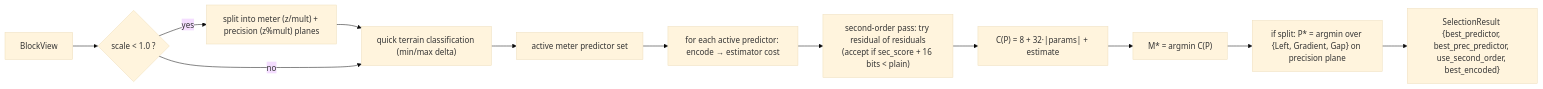
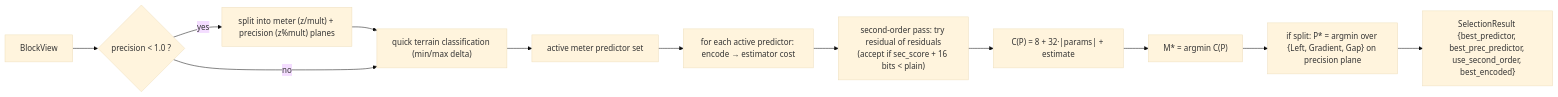
One commit to yashwk/libxtm changed the fourth of 10 diagrams in docs/pipeline.md. Above: the diagram before and after it, drawn with Mermaid (base theme). The commit also changed other lines of this file and 49 other files, not shown here.

````diff
--- a/docs/pipeline.md
+++ b/docs/pipeline.md
@@ -216,14 +217,14 @@
 ```mermaid
 flowchart LR
-    B["BlockView"] --> SP{"scale < 1.0 ?"}
+    B["BlockView"] --> SP{"precision < 1.0 ?"}
     SP -- yes --> SPLIT["split into meter (z/mult) + precision (z%mult) planes"]
     SPLIT --> CL
     SP -- no --> CL["quick terrain classification (min/max delta)"]
     CL --> ACT["active meter predictor set"]
     ACT --> EVAL["for each active predictor: encode → estimator cost"]
     EVAL --> SO["second-order pass: try residual of residuals<br/>(accept if sec_score + 16 bits < plain)"]
     SO --> COST["C(P) = 8 + 32·|params| + estimate"]
     COST --> WIN["M* = argmin C(P)"]
     WIN --> PREC["if split: P* = argmin over {Left, Gradient, Gap} on precision plane"]
     PREC --> OUT["SelectionResult {best_predictor, best_prec_predictor, use_second_order, best_encoded}"]
 ```
````
